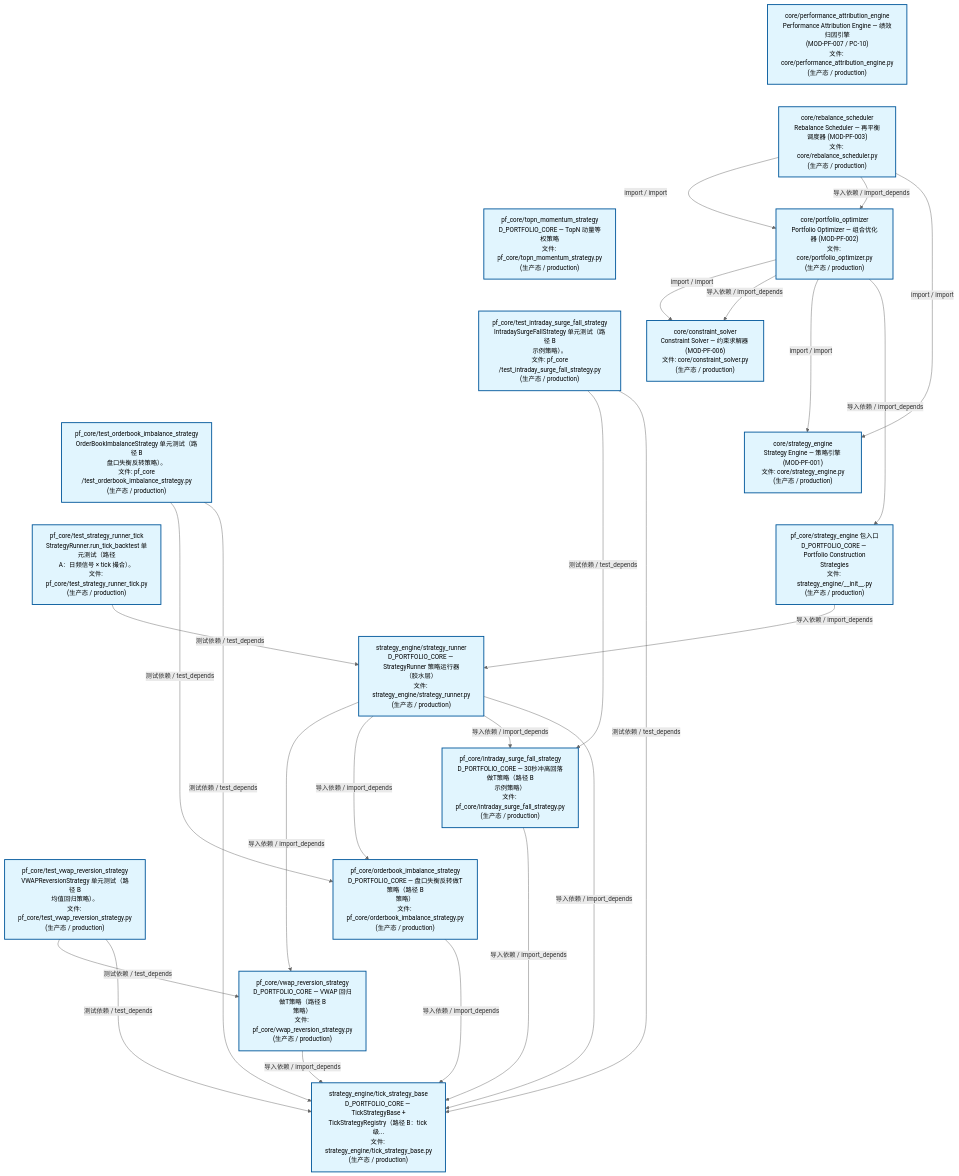
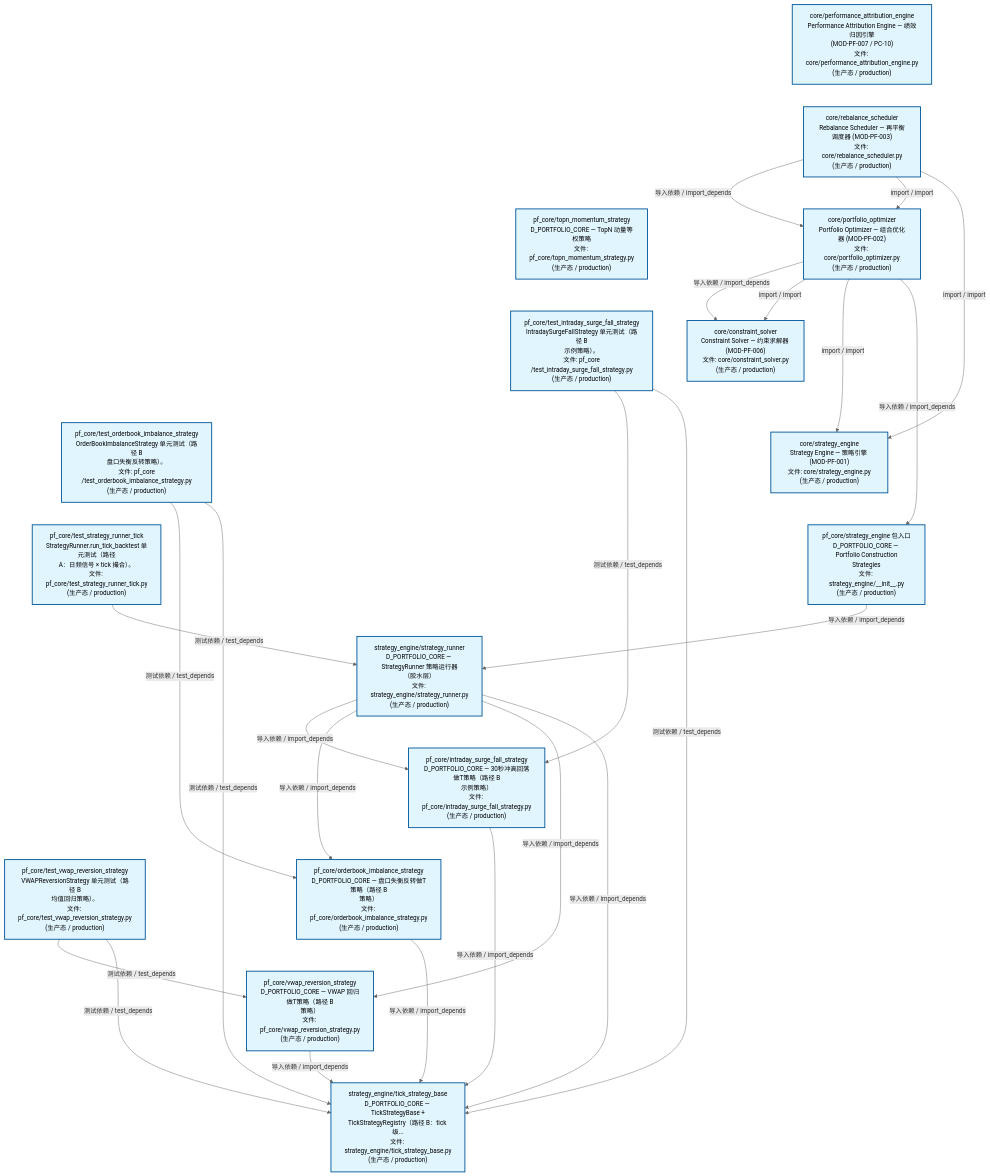
The second of 3 diagrams in docs/02_enterprise_architecture/02_domain_architecture_docs/63_d_pf_core.md (xuanFelixVan/ZephyrAlpha), drawn with Mermaid before and after one commit. The commit also changed other lines of this file and 47 other files, not shown here.

````diff
--- a/docs/02_enterprise_architecture/02_domain_architecture_docs/63_d_pf_core.md
+++ b/docs/02_enterprise_architecture/02_domain_architecture_docs/63_d_pf_core.md
@@ -139,57 +139,57 @@
 ```mermaid
 %%{init: {'theme': 'base', 'themeVariables': {'primaryColor': '#eaeaea', 'primaryTextColor': '#333333', 'primaryBorderColor': '#666666', 'lineColor': '#666666', 'secondaryColor': '#eaeaea', 'tertiaryColor': '#eaeaea', 'fontSize': '14px'}}}%%
 flowchart TD
     src_zephyr_pf_core_core_performance_attribution_engine_py["core/performance_attribution_engine<br/>Performance Attribution Engine — 绩效归因引擎<br/>(MOD-PF-007 / PC-10)<br/>文件: core/performance_attribution_engine.py<br/>(生产态 / production)"]
     src_zephyr_pf_core_core_rebalance_scheduler_py["core/rebalance_scheduler<br/>Rebalance Scheduler — 再平衡调度器 (MOD-PF-003)<br/>文件: core/rebalance_scheduler.py<br/>(生产态 / production)"]
     src_zephyr_pf_core_topn_momentum_strategy_py["pf_core/topn_momentum_strategy<br/>D_PORTFOLIO_CORE — TopN 动量等权策略<br/>文件: pf_core/topn_momentum_strategy.py<br/>(生产态 / production)"]
     tests_pf_core_test_intraday_surge_fall_strategy_py["pf_core/test_intraday_surge_fall_strategy<br/>IntradaySurgeFallStrategy 单元测试（路径 B<br/>示例策略）。<br/>文件: pf_core<br/>/test_intraday_surge_fall_strategy.py<br/>(生产态 / production)"]
     tests_pf_core_test_orderbook_imbalance_strategy_py["pf_core/test_orderbook_imbalance_strategy<br/>OrderBookImbalanceStrategy 单元测试（路径 B<br/>盘口失衡反转策略）。<br/>文件: pf_core<br/>/test_orderbook_imbalance_strategy.py<br/>(生产态 / production)"]
     tests_pf_core_test_strategy_runner_tick_py["pf_core/test_strategy_runner_tick<br/>StrategyRunner.run_tick_backtest 单元测试（路径<br/>A：日频信号 × tick 撮合）。<br/>文件: pf_core/test_strategy_runner_tick.py<br/>(生产态 / production)"]
     tests_pf_core_test_vwap_reversion_strategy_py["pf_core/test_vwap_reversion_strategy<br/>VWAPReversionStrategy 单元测试（路径 B<br/>均值回归策略）。<br/>文件: pf_core/test_vwap_reversion_strategy.py<br/>(生产态 / production)"]
     src_zephyr_pf_core_core_performance_attribution_engine_py ~~~ src_zephyr_pf_core_core_rebalance_scheduler_py
     src_zephyr_pf_core_core_rebalance_scheduler_py ~~~ src_zephyr_pf_core_topn_momentum_strategy_py
     src_zephyr_pf_core_topn_momentum_strategy_py ~~~ tests_pf_core_test_intraday_surge_fall_strategy_py
     tests_pf_core_test_intraday_surge_fall_strategy_py ~~~ tests_pf_core_test_orderbook_imbalance_strategy_py
     tests_pf_core_test_orderbook_imbalance_strategy_py ~~~ tests_pf_core_test_strategy_runner_tick_py
     tests_pf_core_test_strategy_runner_tick_py ~~~ tests_pf_core_test_vwap_reversion_strategy_py
     src_zephyr_pf_core_core_portfolio_optimizer_py["core/portfolio_optimizer<br/>Portfolio Optimizer — 组合优化器 (MOD-PF-002)<br/>文件: core/portfolio_optimizer.py<br/>(生产态 / production)"]
     src_zephyr_pf_core_core_constraint_solver_py["core/constraint_solver<br/>Constraint Solver — 约束求解器 (MOD-PF-006)<br/>文件: core/constraint_solver.py<br/>(生产态 / production)"]
     src_zephyr_pf_core_core_strategy_engine_py["core/strategy_engine<br/>Strategy Engine — 策略引擎 (MOD-PF-001)<br/>文件: core/strategy_engine.py<br/>(生产态 / production)"]
     src_zephyr_pf_core_strategy_engine_init_py["pf_core/strategy_engine 包入口<br/>D_PORTFOLIO_CORE — Portfolio Construction<br/>Strategies<br/>文件: strategy_engine/__init__.py<br/>(生产态 / production)"]
     src_zephyr_pf_core_core_constraint_solver_py ~~~ src_zephyr_pf_core_core_strategy_engine_py
     src_zephyr_pf_core_core_strategy_engine_py ~~~ src_zephyr_pf_core_strategy_engine_init_py
     src_zephyr_pf_core_strategy_engine_strategy_runner_py["strategy_engine/strategy_runner<br/>D_PORTFOLIO_CORE — StrategyRunner 策略运行器<br/>（胶水层）<br/>文件: strategy_engine/strategy_runner.py<br/>(生产态 / production)"]
     src_zephyr_pf_core_intraday_surge_fall_strategy_py["pf_core/intraday_surge_fall_strategy<br/>D_PORTFOLIO_CORE — 30秒冲高回落做T策略（路径 B<br/>示例策略）<br/>文件: pf_core/intraday_surge_fall_strategy.py<br/>(生产态 / production)"]
     src_zephyr_pf_core_orderbook_imbalance_strategy_py["pf_core/orderbook_imbalance_strategy<br/>D_PORTFOLIO_CORE — 盘口失衡反转做T策略（路径 B<br/>策略）<br/>文件: pf_core/orderbook_imbalance_strategy.py<br/>(生产态 / production)"]
     src_zephyr_pf_core_vwap_reversion_strategy_py["pf_core/vwap_reversion_strategy<br/>D_PORTFOLIO_CORE — VWAP 回归做T策略（路径 B<br/>策略）<br/>文件: pf_core/vwap_reversion_strategy.py<br/>(生产态 / production)"]
     src_zephyr_pf_core_intraday_surge_fall_strategy_py ~~~ src_zephyr_pf_core_orderbook_imbalance_strategy_py
     src_zephyr_pf_core_orderbook_imbalance_strategy_py ~~~ src_zephyr_pf_core_vwap_reversion_strategy_py
     src_zephyr_pf_core_strategy_engine_tick_strategy_base_py["strategy_engine/tick_strategy_base<br/>D_PORTFOLIO_CORE — TickStrategyBase +<br/>TickStrategyRegistry（路径 B：tick 级...<br/>文件: strategy_engine/tick_strategy_base.py<br/>(生产态 / production)"]
+    src_zephyr_pf_core_intraday_surge_fall_strategy_py -->|导入依赖 / import_depends| src_zephyr_pf_core_strategy_engine_tick_strategy_base_py
+    src_zephyr_pf_core_orderbook_imbalance_strategy_py -->|导入依赖 / import_depends| src_zephyr_pf_core_strategy_engine_tick_strategy_base_py
     src_zephyr_pf_core_vwap_reversion_strategy_py -->|导入依赖 / import_depends| src_zephyr_pf_core_strategy_engine_tick_strategy_base_py
-    src_zephyr_pf_core_orderbook_imbalance_strategy_py -->|导入依赖 / import_depends| src_zephyr_pf_core_strategy_engine_tick_strategy_base_py
-    src_zephyr_pf_core_intraday_surge_fall_strategy_py -->|导入依赖 / import_depends| src_zephyr_pf_core_strategy_engine_tick_strategy_base_py
+    src_zephyr_pf_core_core_portfolio_optimizer_py -->|导入依赖 / import_depends| src_zephyr_pf_core_core_constraint_solver_py
     src_zephyr_pf_core_core_portfolio_optimizer_py -->|import / import| src_zephyr_pf_core_core_constraint_solver_py
-    src_zephyr_pf_core_core_portfolio_optimizer_py -->|导入依赖 / import_depends| src_zephyr_pf_core_core_constraint_solver_py
     src_zephyr_pf_core_core_portfolio_optimizer_py -->|import / import| src_zephyr_pf_core_core_strategy_engine_py
     src_zephyr_pf_core_core_portfolio_optimizer_py -->|导入依赖 / import_depends| src_zephyr_pf_core_strategy_engine_init_py
+    src_zephyr_pf_core_core_rebalance_scheduler_py -->|导入依赖 / import_depends| src_zephyr_pf_core_core_portfolio_optimizer_py
     src_zephyr_pf_core_core_rebalance_scheduler_py -->|import / import| src_zephyr_pf_core_core_portfolio_optimizer_py
-    src_zephyr_pf_core_core_rebalance_scheduler_py -->|导入依赖 / import_depends| src_zephyr_pf_core_core_portfolio_optimizer_py
     src_zephyr_pf_core_core_rebalance_scheduler_py -->|import / import| src_zephyr_pf_core_core_strategy_engine_py
+    src_zephyr_pf_core_strategy_engine_strategy_runner_py -->|导入依赖 / import_depends| src_zephyr_pf_core_intraday_surge_fall_strategy_py
+    src_zephyr_pf_core_strategy_engine_strategy_runner_py -->|导入依赖 / import_depends| src_zephyr_pf_core_orderbook_imbalance_strategy_py
+    src_zephyr_pf_core_strategy_engine_strategy_runner_py -->|导入依赖 / import_depends| src_zephyr_pf_core_vwap_reversion_strategy_py
+    src_zephyr_pf_core_strategy_engine_strategy_runner_py -->|导入依赖 / import_depends| src_zephyr_pf_core_strategy_engine_tick_strategy_base_py
     src_zephyr_pf_core_strategy_engine_init_py -->|导入依赖 / import_depends| src_zephyr_pf_core_strategy_engine_strategy_runner_py
-    src_zephyr_pf_core_strategy_engine_strategy_runner_py -->|导入依赖 / import_depends| src_zephyr_pf_core_vwap_reversion_strategy_py
-    src_zephyr_pf_core_strategy_engine_strategy_runner_py -->|导入依赖 / import_depends| src_zephyr_pf_core_orderbook_imbalance_strategy_py
-    src_zephyr_pf_core_strategy_engine_strategy_runner_py -->|导入依赖 / import_depends| src_zephyr_pf_core_intraday_surge_fall_strategy_py
-    src_zephyr_pf_core_strategy_engine_strategy_runner_py -->|导入依赖 / import_depends| src_zephyr_pf_core_strategy_engine_tick_strategy_base_py
     tests_pf_core_test_intraday_surge_fall_strategy_py -->|测试依赖 / test_depends| src_zephyr_pf_core_intraday_surge_fall_strategy_py
     tests_pf_core_test_intraday_surge_fall_strategy_py -->|测试依赖 / test_depends| src_zephyr_pf_core_strategy_engine_tick_strategy_base_py
     tests_pf_core_test_orderbook_imbalance_strategy_py -->|测试依赖 / test_depends| src_zephyr_pf_core_orderbook_imbalance_strategy_py
     tests_pf_core_test_orderbook_imbalance_strategy_py -->|测试依赖 / test_depends| src_zephyr_pf_core_strategy_engine_tick_strategy_base_py
-    tests_pf_core_test_strategy_runner_tick_py -->|测试依赖 / test_depends| src_zephyr_pf_core_strategy_engine_strategy_runner_py
     tests_pf_core_test_vwap_reversion_strategy_py -->|测试依赖 / test_depends| src_zephyr_pf_core_vwap_reversion_strategy_py
     tests_pf_core_test_vwap_reversion_strategy_py -->|测试依赖 / test_depends| src_zephyr_pf_core_strategy_engine_tick_strategy_base_py
+    tests_pf_core_test_strategy_runner_tick_py -->|测试依赖 / test_depends| src_zephyr_pf_core_strategy_engine_strategy_runner_py
     classDef production fill:#e1f5fe,stroke:#01579b,stroke-width:2px,color:#000
     classDef design fill:#fff3e0,stroke:#e65100,stroke-width:2px,color:#000,stroke-dasharray: 5 5
     classDef external_prod fill:#e8f4fd,stroke:#0277bd,stroke-width:1px,color:#000
     classDef external_design fill:#fff8e7,stroke:#ef6c00,stroke-width:1px,color:#000,stroke-dasharray: 5 5
     class src_zephyr_pf_core_core_constraint_solver_py,src_zephyr_pf_core_core_performance_attribution_engine_py,src_zephyr_pf_core_core_portfolio_optimizer_py,src_zephyr_pf_core_core_rebalance_scheduler_py,src_zephyr_pf_core_core_strategy_engine_py,src_zephyr_pf_core_intraday_surge_fall_strategy_py,src_zephyr_pf_core_orderbook_imbalance_strategy_py,src_zephyr_pf_core_strategy_engine_init_py,src_zephyr_pf_core_strategy_engine_strategy_runner_py,src_zephyr_pf_core_strategy_engine_tick_strategy_base_py,src_zephyr_pf_core_topn_momentum_strategy_py,src_zephyr_pf_core_vwap_reversion_strategy_py,tests_pf_core_test_intraday_surge_fall_strategy_py,tests_pf_core_test_orderbook_imbalance_strategy_py,tests_pf_core_test_strategy_runner_tick_py,tests_pf_core_test_vwap_reversion_strategy_py production
 ```
````
